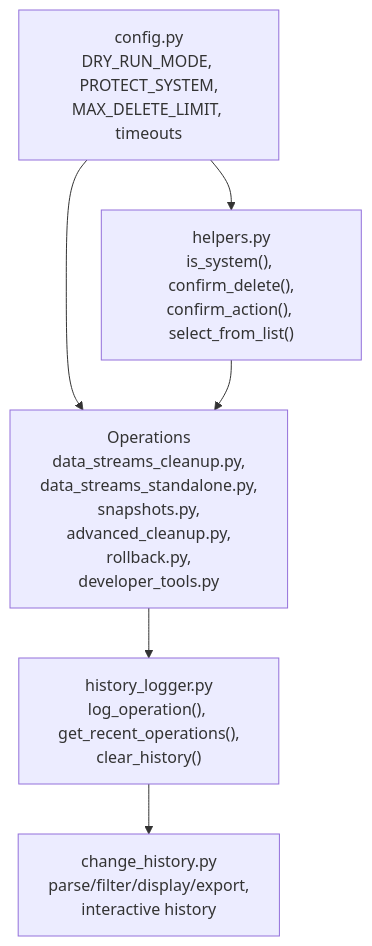
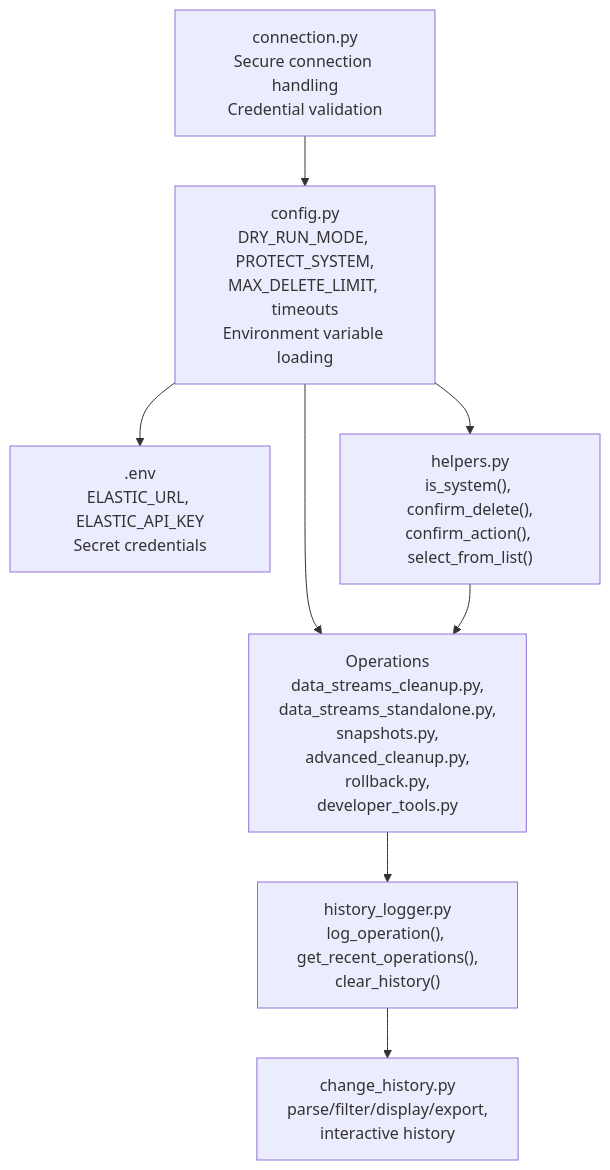
Before and after one commit to austinsonger/elastic-janitor: the second of 12 diagrams in .qoder/repowiki/en/content/Safety and Security Features.md, drawn with Mermaid. The commit also changed other lines of this file and 51 other files, not shown here.

````diff
--- a/.qoder/repowiki/en/content/Safety and Security Features.md
+++ b/.qoder/repowiki/en/content/Safety and Security Features.md
@@ -131,13 +151,17 @@
 ```mermaid
 graph TB
-CFG["config.py<br/>DRY_RUN_MODE, PROTECT_SYSTEM,<br/>MAX_DELETE_LIMIT, timeouts"]
+CFG["config.py<br/>DRY_RUN_MODE, PROTECT_SYSTEM,<br/>MAX_DELETE_LIMIT, timeouts<br/>Environment variable loading"]
+ENV[".env<br/>ELASTIC_URL, ELASTIC_API_KEY<br/>Secret credentials"]
+CONN["connection.py<br/>Secure connection handling<br/>Credential validation"]
 HLP["helpers.py<br/>is_system(), confirm_delete(),<br/>confirm_action(), select_from_list()"]
 HIST["history_logger.py<br/>log_operation(), get_recent_operations(),<br/>clear_history()"]
 CHIST["change_history.py<br/>parse/filter/display/export,<br/>interactive history"]
 OPS["Operations<br/>data_streams_cleanup.py,<br/>data_streams_standalone.py,<br/>snapshots.py,<br/>advanced_cleanup.py,<br/>rollback.py,<br/>developer_tools.py"]
+CFG --> ENV
+CONN --> CFG
 CFG --> HLP
 CFG --> OPS
 HLP --> OPS
 HIST --> CHIST
 OPS --> HIST
 ```
````
